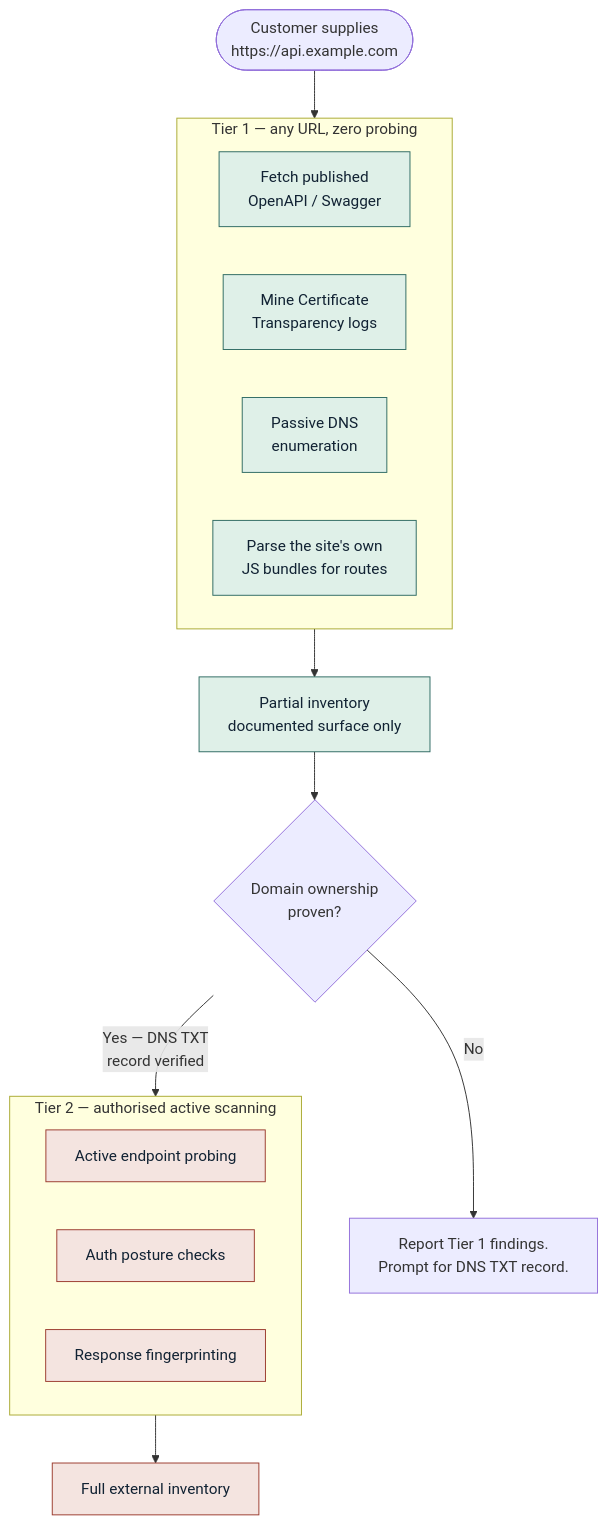
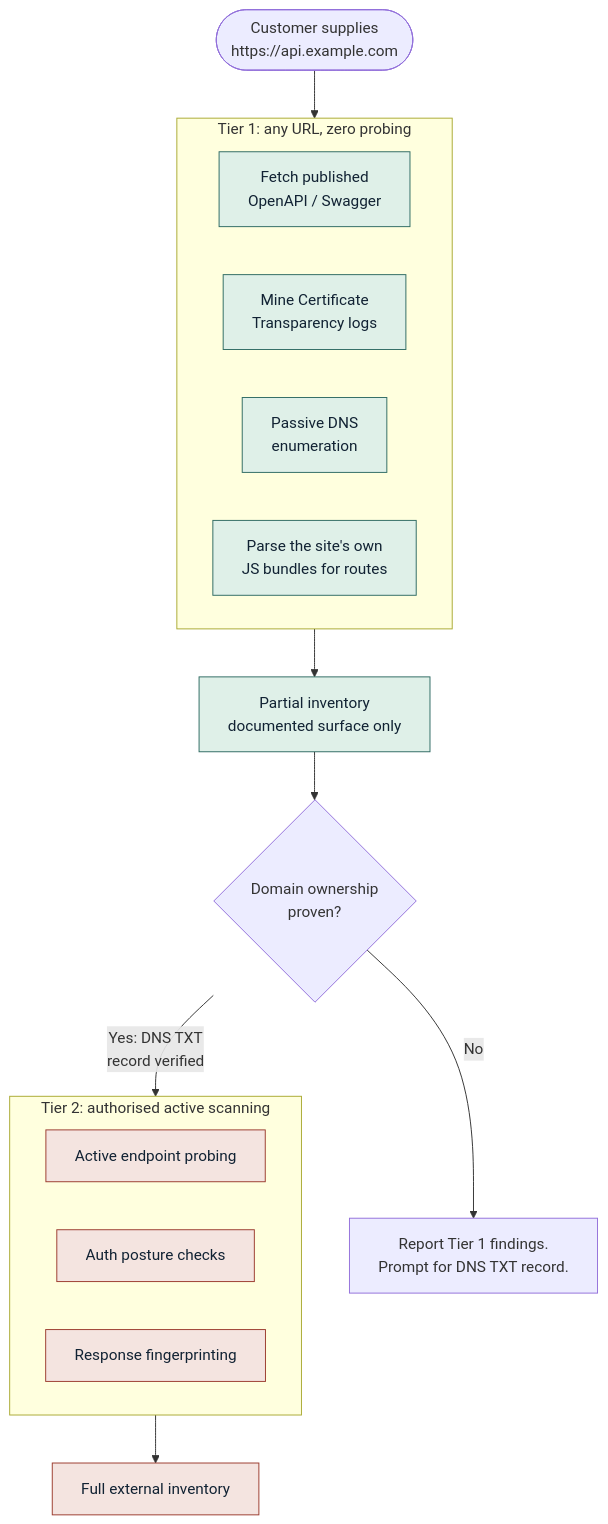
Before and after one commit to shivanshjindal28/api-exorcist: the diagram in docs/diagrams/url-tiers.mmd, drawn with Mermaid. The commit also changed 36 other files, not shown here.

```diff
--- a/docs/diagrams/url-tiers.mmd
+++ b/docs/diagrams/url-tiers.mmd
@@ -1,30 +1,30 @@
 flowchart TB
     U(["Customer supplies<br/>https://api.example.com"]) --> T1
 
-    subgraph T1["Tier 1 — any URL, zero probing"]
+    subgraph T1["Tier 1: any URL, zero probing"]
         direction LR
         A1["Fetch published<br/>OpenAPI / Swagger"]
         A2["Mine Certificate<br/>Transparency logs"]
         A3["Passive DNS<br/>enumeration"]
         A4["Parse the site's own<br/>JS bundles for routes"]
     end
 
     T1 --> INV["Partial inventory<br/>documented surface only"]
     INV --> Q{"Domain ownership<br/>proven?"}
 
     Q -->|"No"| STOP["Report Tier 1 findings.<br/>Prompt for DNS TXT record."]
-    Q -->|"Yes — DNS TXT<br/>record verified"| T2
+    Q -->|"Yes: DNS TXT<br/>record verified"| T2
 
-    subgraph T2["Tier 2 — authorised active scanning"]
+    subgraph T2["Tier 2: authorised active scanning"]
         direction LR
         B1["Active endpoint probing"]
         B2["Auth posture checks"]
         B3["Response fingerprinting"]
     end
 
     T2 --> FULL["Full external inventory"]
 
     classDef safe fill:#dff0e8,stroke:#2F6B63,color:#123
     classDef gated fill:#f4e4e0,stroke:#9B3B2E,color:#123
     class A1,A2,A3,A4,INV safe
     class B1,B2,B3,FULL gated
```
